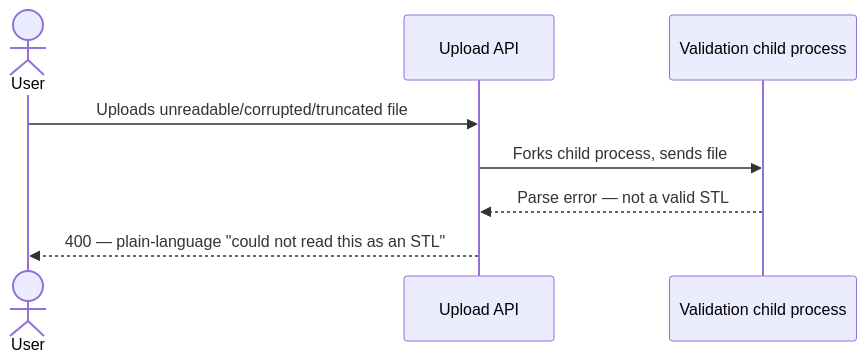
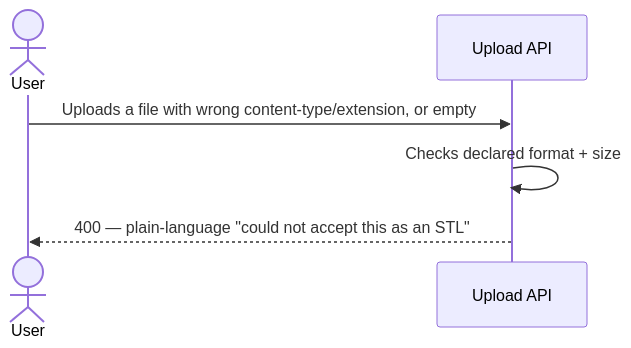
The fourth of 5 diagrams in docs/features/stl-upload/sad.md (yahacom/print-marketplace), drawn with Mermaid before and after one commit. The commit also changed other lines of this file and 25 other files, not shown here.

````diff
--- a/docs/features/stl-upload/sad.md
+++ b/docs/features/stl-upload/sad.md
@@ -158,10 +152,8 @@
 ```mermaid
 sequenceDiagram
     actor User
     participant API as Upload API
-    participant Sandbox as Validation child process
-    User->>API: Uploads unreadable/corrupted/truncated file
-    API->>Sandbox: Forks child process, sends file
-    Sandbox-->>API: Parse error — not a valid STL
-    API-->>User: 400 — plain-language "could not read this as an STL"
+    User->>API: Uploads a file with wrong content-type/extension, or empty
+    API->>API: Checks declared format + size
+    API-->>User: 400 — plain-language "could not accept this as an STL"
 ```
````
